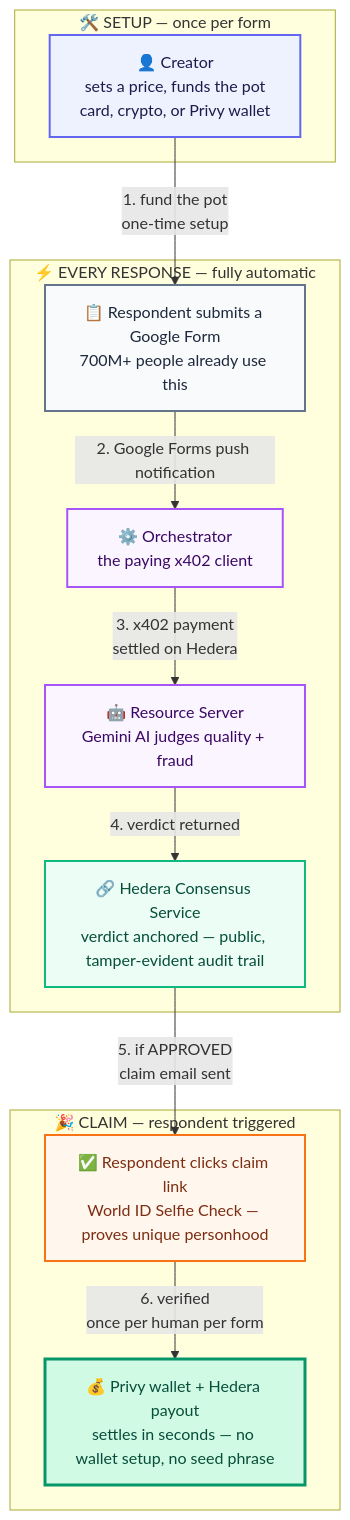
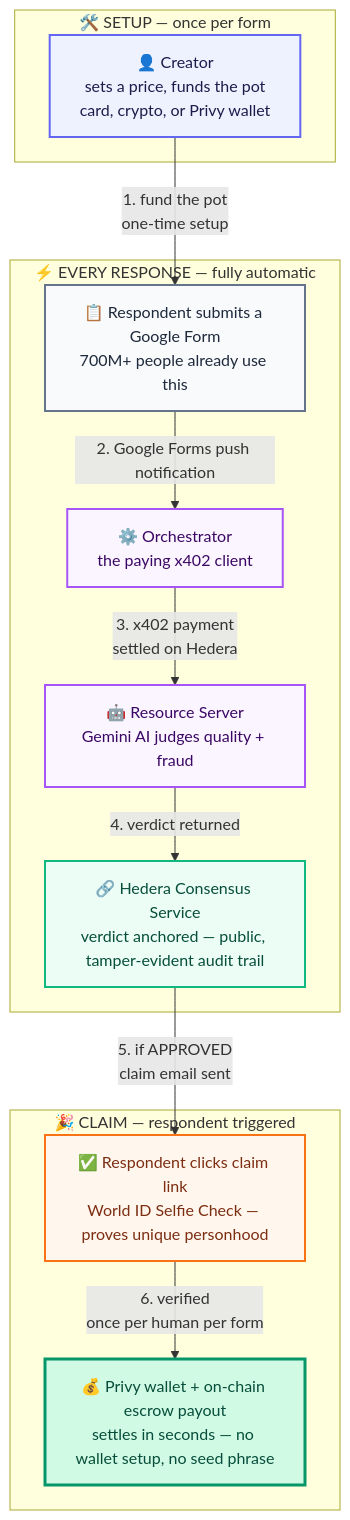
The diagram in README.md (xaviersharwin10/FormDrop), drawn with Mermaid before and after one commit. The commit also changed other lines of this file and 15 other files, not shown here.

First line of the commit message:
Add on-chain escrow contract for form pot custody and payout enforcement

````diff
--- a/README.md
+++ b/README.md
@@ -80,39 +80,39 @@
 ```mermaid
 flowchart TD
     subgraph SETUP[" 🛠️ SETUP — once per form "]
         A["👤 Creator<br/>sets a price, funds the pot<br/>card, crypto, or Privy wallet"]
     end
 
     subgraph AUTOMATIC[" ⚡ EVERY RESPONSE — fully automatic "]
         B["📋 Respondent submits a Google Form<br/>700M+ people already use this"]
         C["⚙️ Orchestrator<br/>the paying x402 client"]
         D["🤖 Resource Server<br/>Gemini AI judges quality + fraud"]
         E["🔗 Hedera Consensus Service<br/>verdict anchored — public, tamper-evident audit trail"]
         B -->|"2. Google Forms push notification"| C
         C -->|"3. x402 payment<br/>settled on Hedera"| D
         D -->|"4. verdict returned"| E
     end
 
     subgraph CLAIM[" 🎉 CLAIM — respondent triggered "]
         F["✅ Respondent clicks claim link<br/>World ID Selfie Check — proves unique personhood"]
-        G["💰 Privy wallet + Hedera payout<br/>settles in seconds — no wallet setup, no seed phrase"]
+        G["💰 Privy wallet + on-chain escrow payout<br/>settles in seconds — no wallet setup, no seed phrase"]
         F -->|"6. verified<br/>once per human per form"| G
     end
 
     A -->|"1. fund the pot<br/>one-time setup"| B
     E -->|"5. if APPROVED<br/>claim email sent"| F
 
     classDef creator fill:#eef2ff,stroke:#6366f1,stroke-width:2px,color:#1e1b4b
     classDef form fill:#f8fafc,stroke:#64748b,stroke-width:2px,color:#1e293b
     classDef backend fill:#faf5ff,stroke:#a855f7,stroke-width:2px,color:#3b0764
     classDef hedera fill:#ecfdf5,stroke:#10b981,stroke-width:2px,color:#064e3b
     classDef claim fill:#fff7ed,stroke:#f97316,stroke-width:2px,color:#7c2d12
     classDef payout fill:#d1fae5,stroke:#059669,stroke-width:3px,color:#064e3b
 
     class A creator
     class B form
     class C,D backend
     class E hedera
     class F claim
     class G payout
 ```
````
